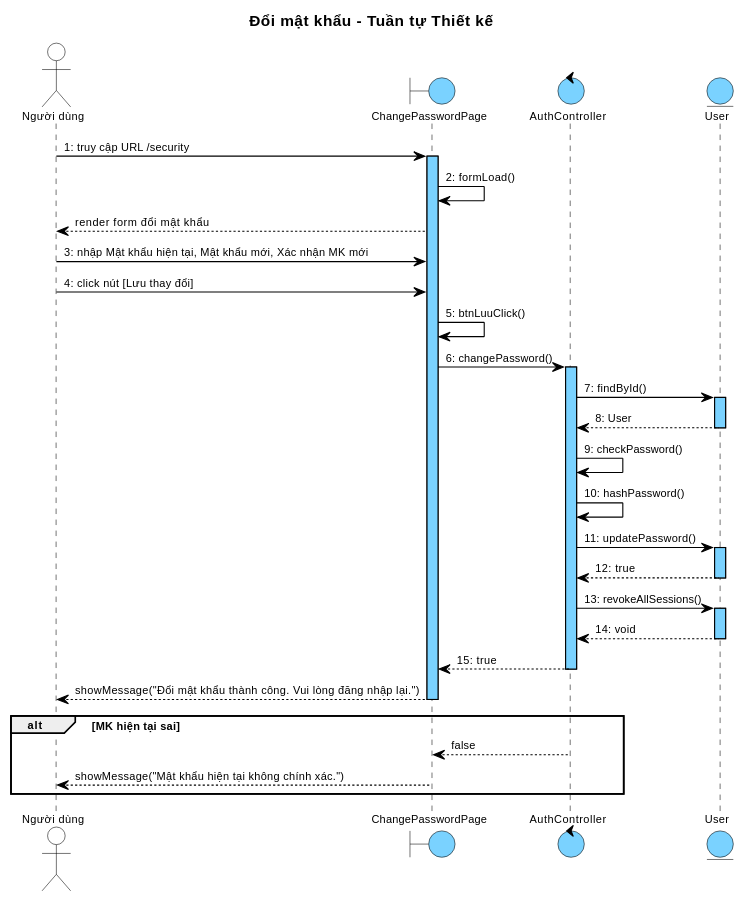
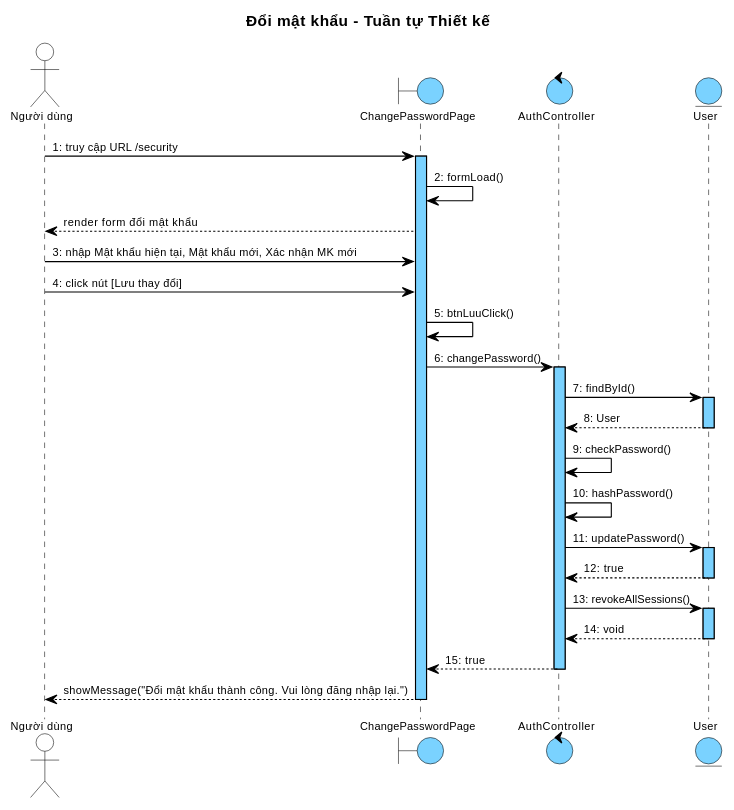
Before and after one commit to thanhtrnnn/cnpm: the fourth of 6 diagrams in docs/tabs/section-account-iii.md, drawn with PlantUML. The commit also changed other lines of this file and 2 other files, not shown here.

First line of the commit message:
fix: remove exceptions from sequences, reformat headings 1→1.1→1.1.1, update wireframes to match class attributes

````diff
--- a/docs/tabs/section-account-iii.md
+++ b/docs/tabs/section-account-iii.md
@@ -819,10 +778,5 @@
 deactivate C1
 B1 --> User : showMessage("Đổi mật khẩu thành công. Vui lòng đăng nhập lại.")
 deactivate B1
-
-alt MK hiện tại sai
-  C1 --> B1 : false
-  B1 --> User : showMessage("Mật khẩu hiện tại không chính xác.")
-end
 @enduml
 ```
````
